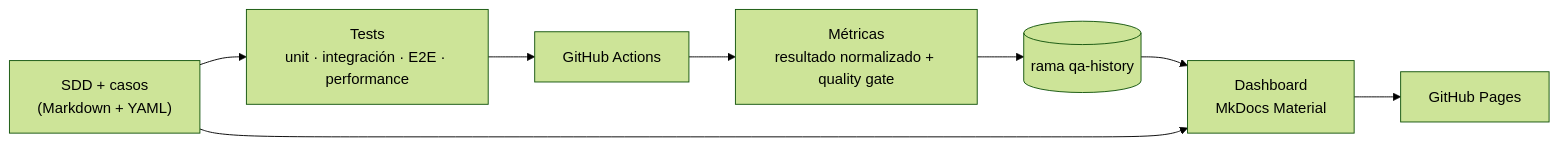
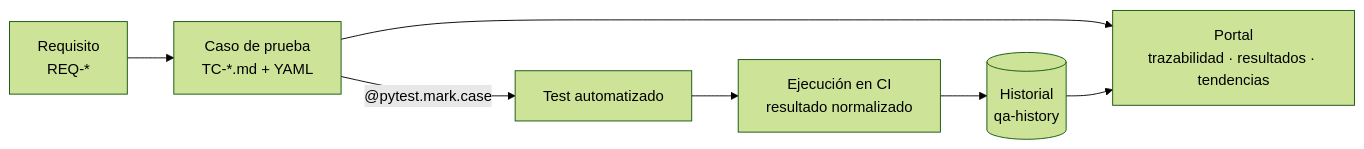
Before and after one commit to yoelalmiron1997/farmatodo-qa-test-engineering: the diagram in README.md, drawn with Mermaid (forest theme). The commit also changed other lines of this file and 2 other files, not shown here.

Commit message:
docs: README centrado en SDD y PDF con enlaces al portal y a la corrida

````diff
--- a/README.md
+++ b/README.md
@@ -25,10 +30,9 @@
 ```mermaid
 flowchart LR
-  SDD["SDD + casos<br/>(Markdown + YAML)"] --> T["Tests<br/>unit · integración · E2E · performance"]
-  T --> GA["GitHub Actions"]
-  GA --> M["Métricas<br/>resultado normalizado + quality gate"]
-  M --> H[("rama qa-history")]
-  H --> D["Dashboard<br/>MkDocs Material"]
-  SDD --> D
-  D --> GP["GitHub Pages"]
+  R["Requisito<br/>REQ-*"] --> C["Caso de prueba<br/>TC-*.md + YAML"]
+  C -->|"@pytest.mark.case"| T["Test automatizado"]
+  T --> E["Ejecución en CI<br/>resultado normalizado"]
+  E --> H[("Historial<br/>qa-history")]
+  C --> P["Portal<br/>trazabilidad · resultados · tendencias"]
+  H --> P
 ```
````
